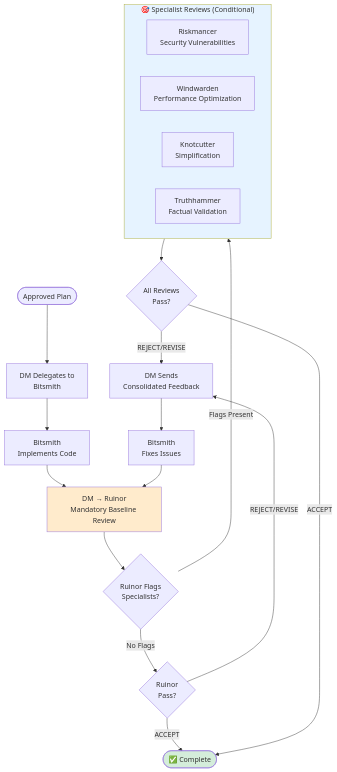
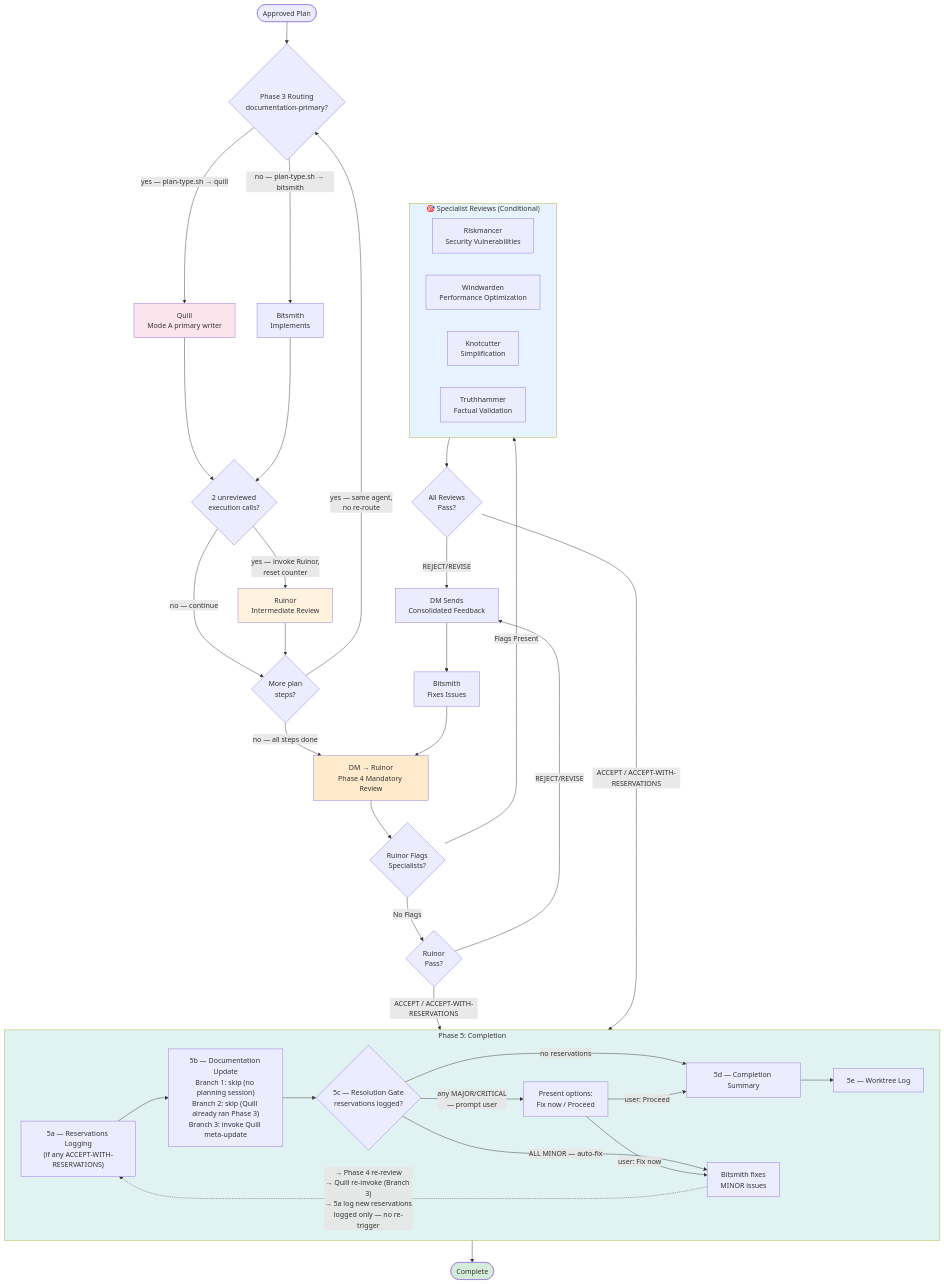
Before and after one commit to alkofu/ai-tpk: the third of 3 diagrams in docs/adrs/REVIEW_WORKFLOW.md, drawn with Mermaid. The commit also changed other lines of this file, not shown here.

Commit message:
docs(adrs): update review workflow diagrams to reflect current dm orchestration (#258)
Three Mermaid diagrams updated to match the current DM orchestration workflow: adds Phase 0 session setup, Advisory Workflow branch, Investigative Gate (Tracebloom), Intake Gate (Askmaw), Scope Confirmation loop, Phase 3 plan-type routing (Quill vs Bitsmith), intermediate Ruinor review gates, Phase 5 sub-steps (5a-5e), and Resolution Gate. Also corrects a checklist count label from x8 to x9.

````diff
--- a/docs/adrs/REVIEW_WORKFLOW.md
+++ b/docs/adrs/REVIEW_WORKFLOW.md
@@ -80,31 +124,65 @@
 ```mermaid
 flowchart TD
-    Start([Approved Plan]) --> DelegateE[DM Delegates to<br/>Bitsmith]
-    DelegateE --> Impl[Bitsmith<br/>Implements Code]
-    Impl --> MandatoryR[DM → Ruinor<br/>Mandatory Baseline Review]
+    ApprovedPlan([Approved Plan]) --> Routing{Phase 3 Routing<br/>documentation-primary?}
 
-    MandatoryR --> Decision{Ruinor Flags<br/>Specialists?}
+    Routing -->|"yes — plan-type.sh → quill"| Quill[Quill<br/>Mode A primary writer]
+    Routing -->|"no — plan-type.sh → bitsmith"| Bitsmith[Bitsmith<br/>Implements]
 
-    Decision -->|No Flags| Assess1{Ruinor<br/>Pass?}
-    Decision -->|Flags Present| Specialists
+    Quill --> IntGate{2 unreviewed<br/>execution calls?}
+    Bitsmith --> IntGate
 
-    subgraph Specialists["🎯 Specialist Reviews (Conditional)"]
+    IntGate -->|"yes — invoke Ruinor,<br/>reset counter"| InterimR[Ruinor<br/>Intermediate Review]
+    IntGate -->|"no — continue"| MoreSteps{More plan<br/>steps?}
+    InterimR --> MoreSteps
+
+    MoreSteps -->|"yes — same agent,<br/>no re-route"| Routing
+    MoreSteps -->|"no — all steps done"| Phase4
+
+    Phase4[DM → Ruinor<br/>Phase 4 Mandatory Review] --> P4Decision{Ruinor Flags<br/>Specialists?}
+
+    P4Decision -->|No Flags| P4Assess1{Ruinor<br/>Pass?}
+    P4Decision -->|Flags Present| P4Specialists
+
+    subgraph P4Specialists["🎯 Specialist Reviews (Conditional)"]
         RS2[Riskmancer<br/>Security Vulnerabilities]
         W2[Windwarden<br/>Performance Optimization]
         K2[Knotcutter<br/>Simplification]
         TH2[Truthhammer<br/>Factual Validation]
     end
 
-    Specialists --> Assess2{All Reviews<br/>Pass?}
+    P4Specialists --> P4Assess2{All Reviews<br/>Pass?}
 
-    Assess1 -->|REJECT/REVISE| Feedback[DM Sends<br/>Consolidated Feedback]
-    Assess2 -->|REJECT/REVISE| Feedback
-    Feedback --> Fix[Bitsmith<br/>Fixes Issues]
-    Fix --> MandatoryR
-    Assess1 -->|ACCEPT| Complete([✅ Complete])
-    Assess2 -->|ACCEPT| Complete
+    P4Assess1 -->|REJECT/REVISE| P4Feedback[DM Sends<br/>Consolidated Feedback]
+    P4Assess2 -->|REJECT/REVISE| P4Feedback
+    P4Feedback --> P4Fix[Bitsmith<br/>Fixes Issues]
+    P4Fix --> Phase4
+    P4Assess1 -->|ACCEPT / ACCEPT-WITH-RESERVATIONS| Phase5
+    P4Assess2 -->|ACCEPT / ACCEPT-WITH-RESERVATIONS| Phase5
 
-    style MandatoryR fill:#ffebcc
-    style Specialists fill:#e6f3ff
+    subgraph Phase5["Phase 5: Completion"]
+        Step5a["5a — Reservations Logging<br/>(if any ACCEPT-WITH-RESERVATIONS)"]
+        Step5b["5b — Documentation Update<br/>Branch 1: skip (no planning session)<br/>Branch 2: skip (Quill already ran Phase 3)<br/>Branch 3: invoke Quill meta-update"]
+        Step5c{5c — Resolution Gate<br/>reservations logged?}
+        Step5d["5d — Completion Summary"]
+        Step5e["5e — Worktree Log"]
+
+        Step5a --> Step5b
+        Step5b --> Step5c
+        Step5c -->|"no reservations"| Step5d
+        Step5c -->|"ALL MINOR — auto-fix"| AutoFix["Bitsmith fixes<br/>MINOR issues"]
+        Step5c -->|"any MAJOR/CRITICAL<br/>— prompt user"| UserPrompt["Present options:<br/>Fix now / Proceed"]
+        AutoFix -.->|"→ Phase 4 re-review<br/>→ Quill re-invoke (Branch 3)<br/>→ 5a log new reservations<br/>logged only — no re-trigger"| Step5a
+        UserPrompt -->|"user: Fix now"| AutoFix
+        UserPrompt -->|"user: Proceed"| Step5d
+        Step5d --> Step5e
+    end
+
+    Phase5 --> Complete([Complete])
+
+    style Phase4 fill:#ffebcc
+    style P4Specialists fill:#e6f3ff
     style Complete fill:#d4edda
+    style Quill fill:#fce4ec
+    style InterimR fill:#fff3e0
+    style Phase5 fill:#e0f2f1
 ```
````
